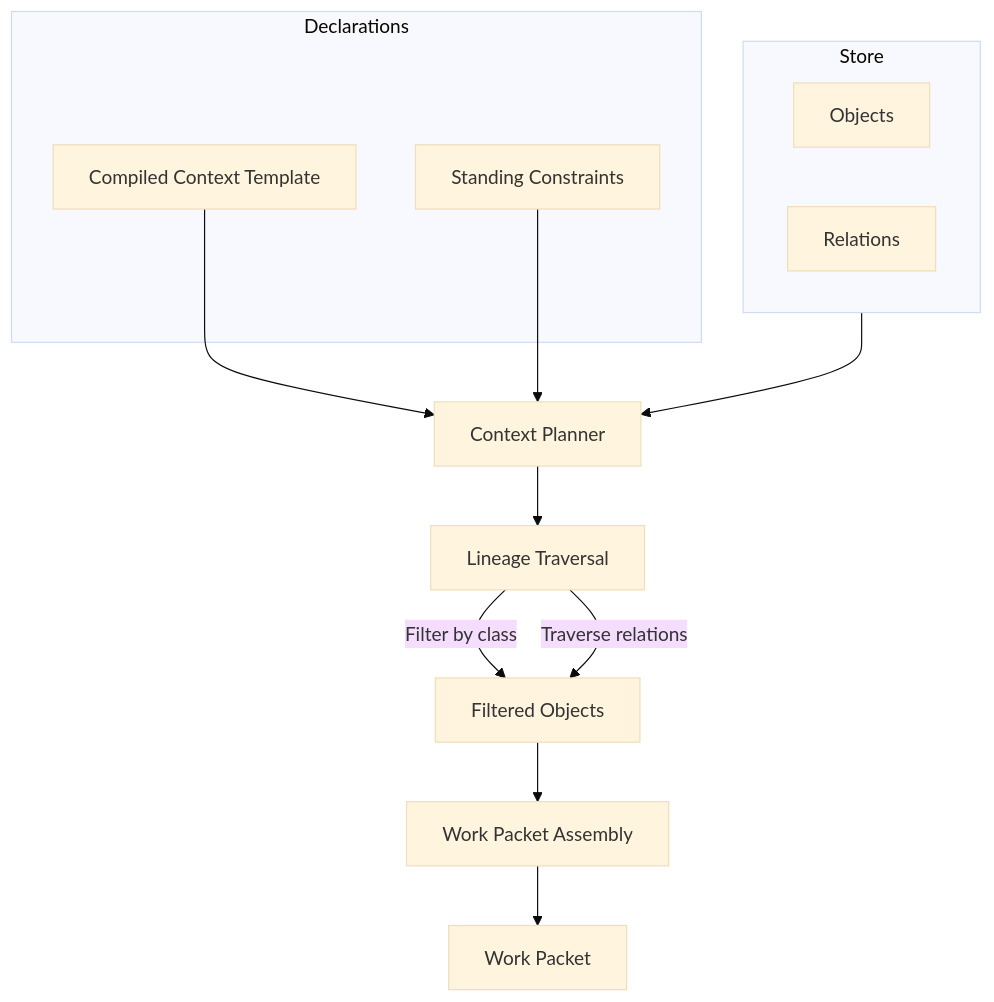
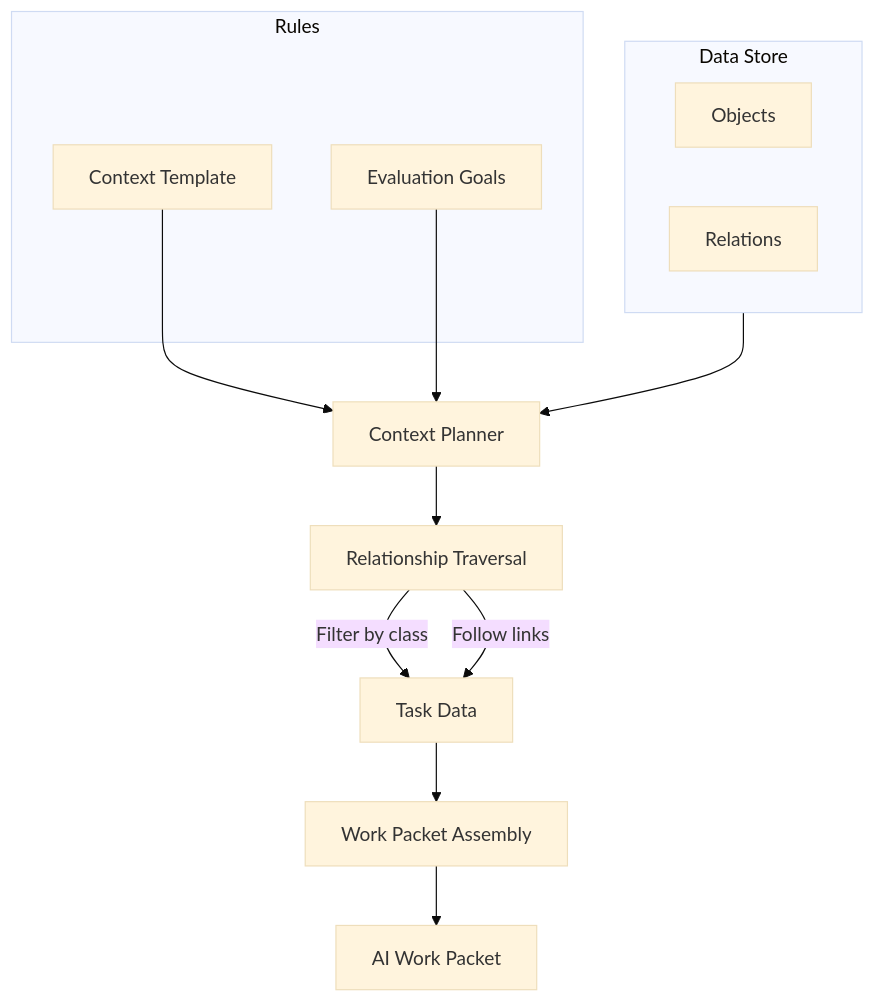
Before and after one commit to Mikhail-Shakhnazarov/earmark-kernel: the diagram in docs/concepts/context-compilation.md, drawn with Mermaid (base theme). The commit also changed other lines of this file and 26 other files, not shown here.

````diff
--- a/docs/concepts/context-compilation.md
+++ b/docs/concepts/context-compilation.md
@@ -20,23 +19,23 @@
 ```mermaid
 flowchart TD
-    subgraph Store
+    subgraph Store [Data Store]
         O[Objects]
         R[Relations]
     end
 
-    subgraph Declarations
-        CC[Compiled Context Template]
-        SP[Standing Constraints]
+    subgraph Declarations [Rules]
+        CC[Context Template]
+        SP[Evaluation Goals]
     end
 
     Store --> Planner[Context Planner]
     CC --> Planner
     SP --> Planner
 
-    Planner --> Traverser[Lineage Traversal]
-    Traverser --> |Filter by class| Filtered[Filtered Objects]
-    Traverser --> |Traverse relations| Filtered
+    Planner --> Traverser[Relationship Traversal]
+    Traverser --> |Filter by class| Filtered[Task Data]
+    Traverser --> |Follow links| Filtered
 
     Filtered --> Materializer[Work Packet Assembly]
-    Materializer --> Packet[Work Packet]
+    Materializer --> Packet[AI Work Packet]
 ```
````
